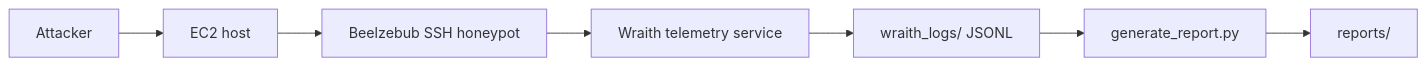
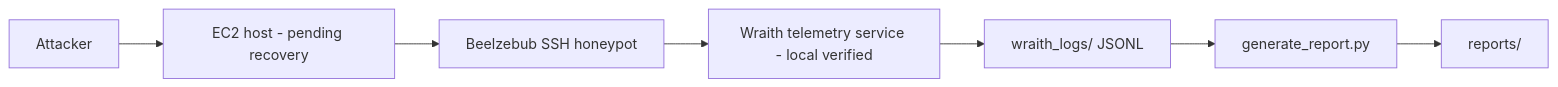
The diagram in docs/aws-deployment-notes.md (shikhar-sahay/wraith), drawn with Mermaid before and after one commit. The commit also changed other lines of this file and 6 other files, not shown here.

Commit message:
Update project status and deployment architecture documentation

````diff
--- a/docs/aws-deployment-notes.md
+++ b/docs/aws-deployment-notes.md
@@ -39,9 +40,9 @@
 ```mermaid
 flowchart LR
-    A[Attacker] --> B[EC2 host]
+    A[Attacker] --> B[EC2 host - pending recovery]
     B --> C[Beelzebub SSH honeypot]
-    C --> D[Wraith telemetry service]
+    C --> D[Wraith telemetry service - local verified]
     D --> E[wraith_logs/ JSONL]
     E --> F[generate_report.py]
     F --> G[reports/]
 ```
````
